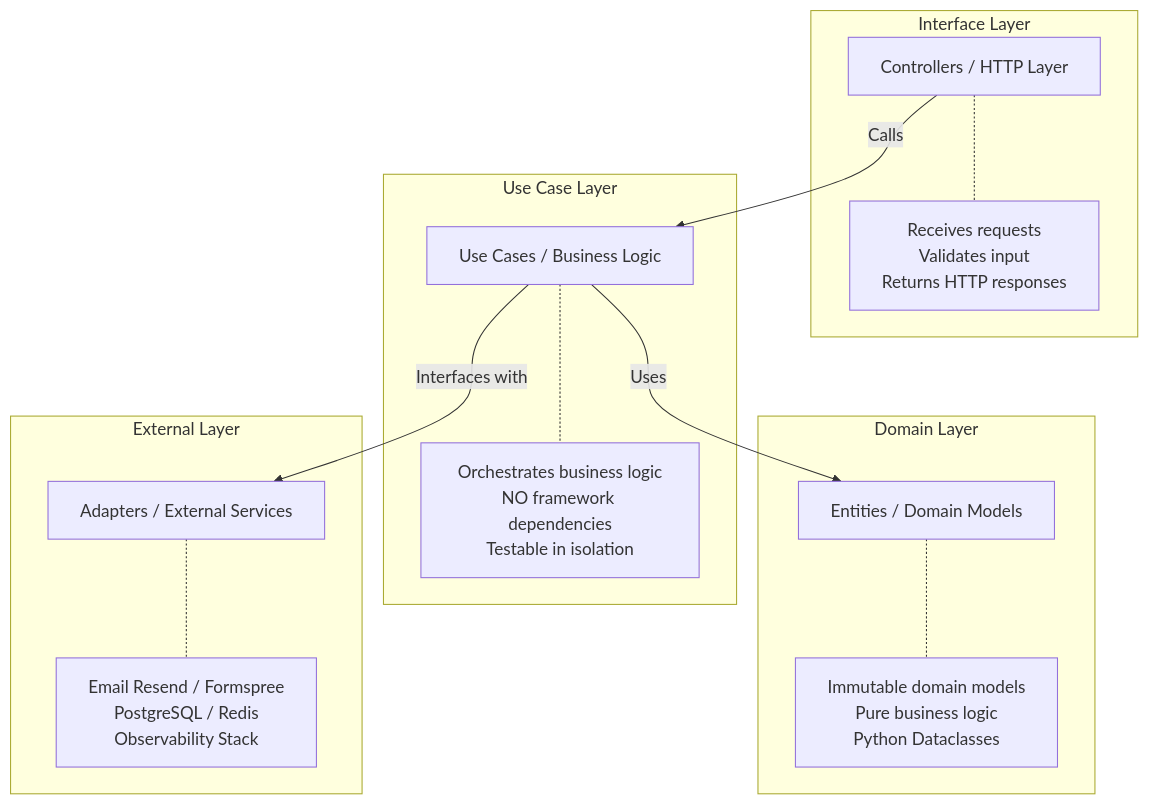
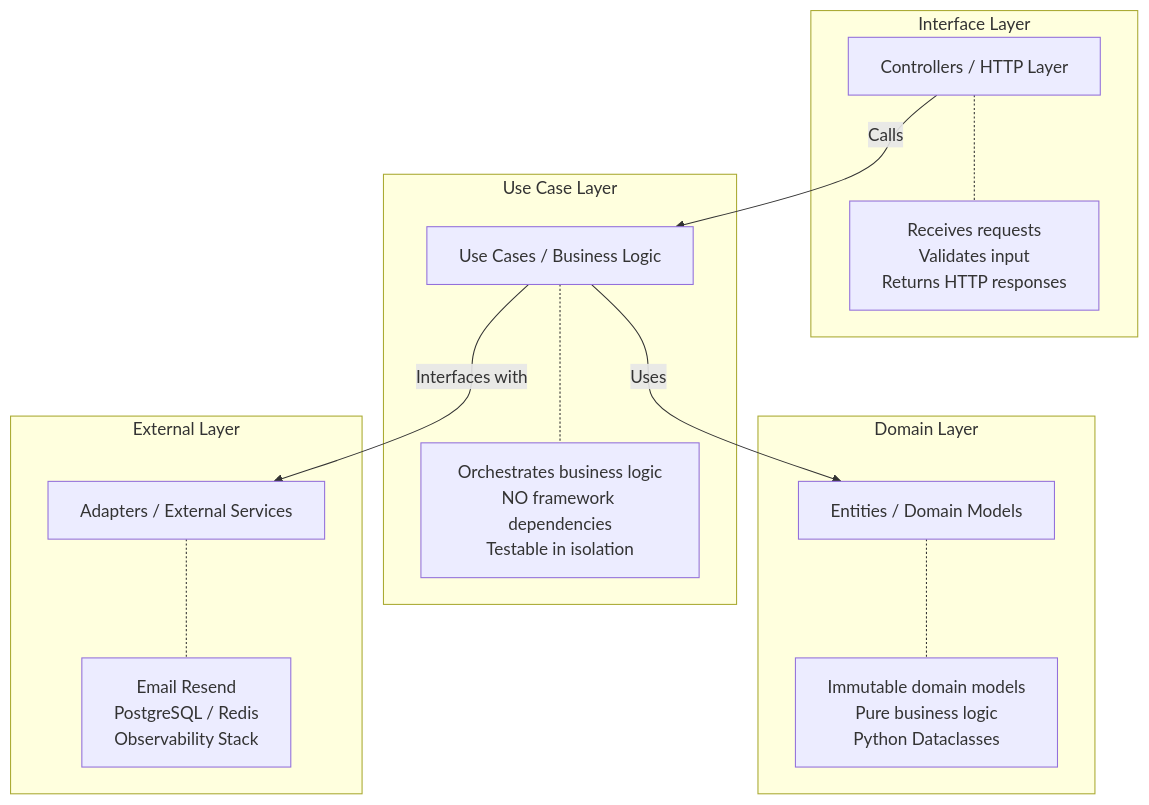
The diagram in backend/README.md (Argenis1412/portfolio), drawn with Mermaid before and after one commit. The commit also changed other lines of this file and 5 other files, not shown here.

````diff
--- a/backend/README.md
+++ b/backend/README.md
@@ -32,26 +32,26 @@
 ```mermaid
 graph TD
     subgraph Interface Layer
         C[Controllers / HTTP Layer]
         C -.- note1[Receives requests<br>Validates input<br>Returns HTTP responses]
     end
     
     subgraph Use Case Layer
         UC[Use Cases / Business Logic]
         UC -.- note2[Orchestrates business logic<br>NO framework dependencies<br>Testable in isolation]
     end
     
     subgraph Domain Layer
         E[Entities / Domain Models]
         E -.- note3[Immutable domain models<br>Pure business logic<br>Python Dataclasses]
     end
     
     subgraph External Layer
         A[Adapters / External Services]
-        A -.- note4[Email Resend / Formspree<br>PostgreSQL / Redis<br>Observability Stack]
+        A -.- note4[Email Resend<br>PostgreSQL / Redis<br>Observability Stack]
     end
 
     C -->|Calls| UC
     UC -->|Uses| E
     UC -->|Interfaces with| A
 ```
````
